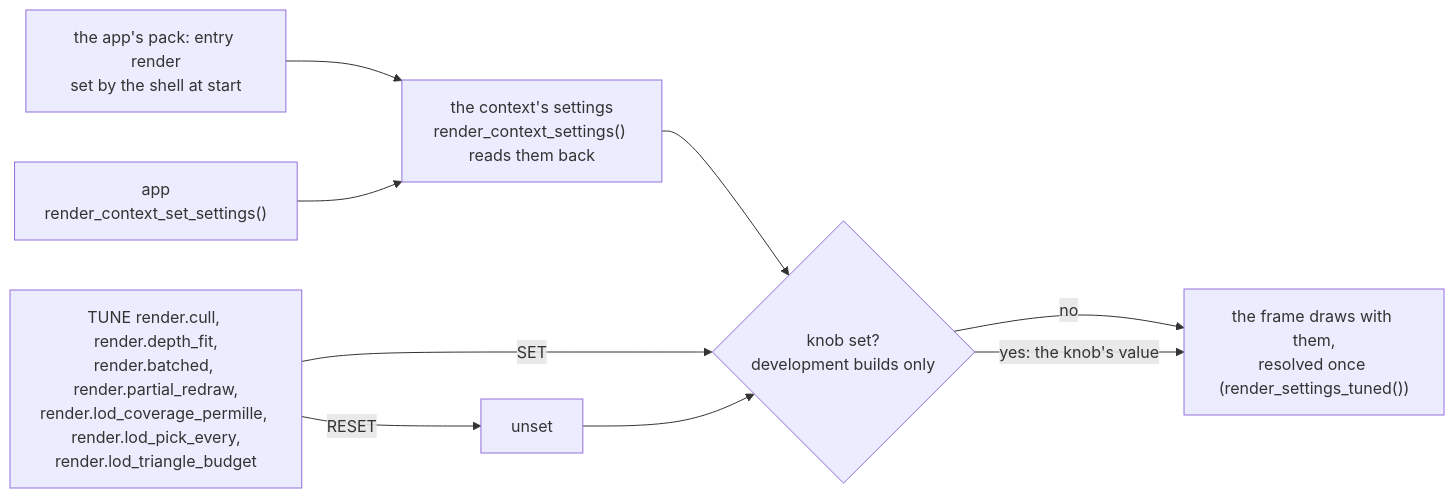
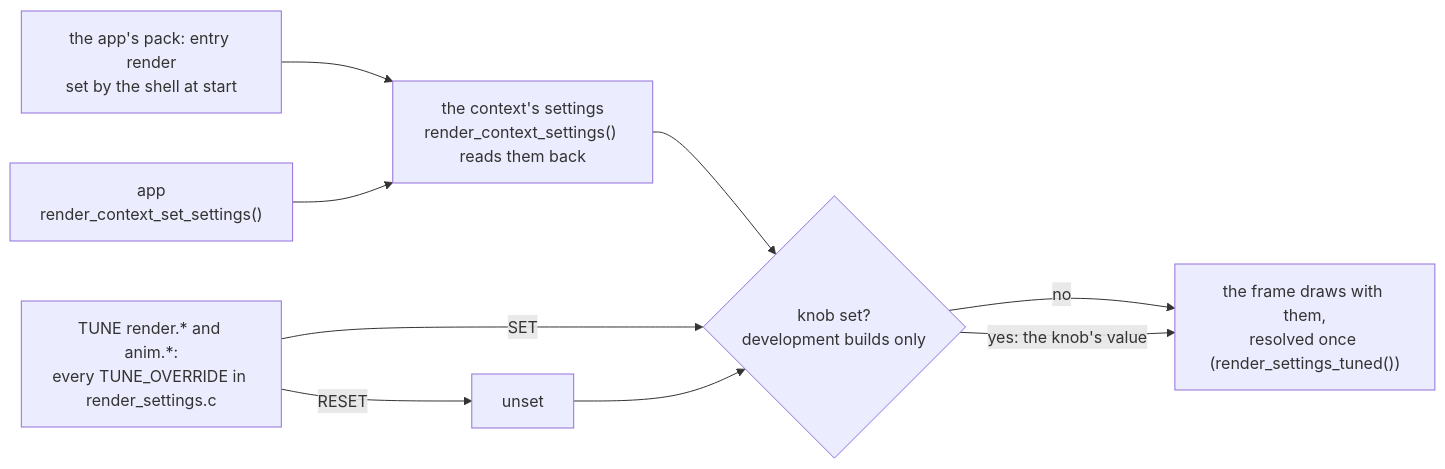
Before and after one commit to jose-villegas/autana: the first of 4 diagrams in docs/render/Render-Settings.md, drawn with Mermaid. The commit also changed 3 other files, not shown here.

Commit message:
render settings: the scene's repose resolves the overrides too; the diagram names every override by owner; the scale calibration draws under them (4te0n review)

````diff
--- a/docs/render/Render-Settings.md
+++ b/docs/render/Render-Settings.md
@@ -14,11 +14,11 @@
 ```mermaid
 flowchart LR
     Asset["the app's pack: entry render<br/>set by the shell at start"] --> Settings
     App["app<br/>render_context_set_settings()"] --> Settings["the context's settings<br/>render_context_settings() reads them back"]
     Settings --> Pick{"knob set?<br/>development builds only"}
-    Knob["TUNE render.cull, render.depth_fit,<br/>render.batched, render.partial_redraw,<br/>render.lod_coverage_permille, render.lod_pick_every,<br/>render.lod_triangle_budget"] -->|SET| Pick
+    Knob["TUNE render.* and anim.*:<br/>every TUNE_OVERRIDE in render_settings.c"] -->|SET| Pick
     Knob -->|RESET| Unset["unset"]
     Unset --> Pick
     Pick -->|"no"| Frame["the frame draws with them,<br/>resolved once (render_settings_tuned())"]
     Pick -->|"yes: the knob's value"| Frame
 ```
````
